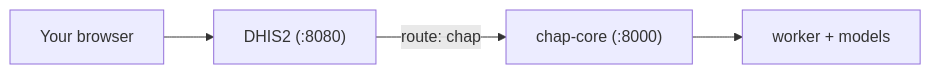
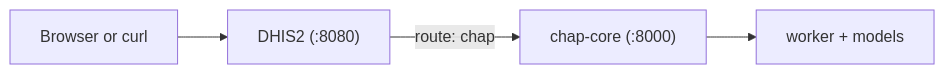
One commit to mortenoh/dac-ch-guide changed the diagram in docs/index.md. Above: the diagram before and after it, drawn with Mermaid. The commit also changed other lines of this file and 17 other files, not shown here.

````diff
--- a/docs/index.md
+++ b/docs/index.md
@@ -24,6 +46,6 @@
 ```mermaid
 flowchart LR
-    Browser["Your browser"] --> DHIS2["DHIS2 (:8080)"]
+    Browser["Browser or curl"] --> DHIS2["DHIS2 (:8080)"]
     DHIS2 -- "route: chap" --> CHAP["chap-core (:8000)"]
     CHAP --> Worker["worker + models"]
 ```
````
